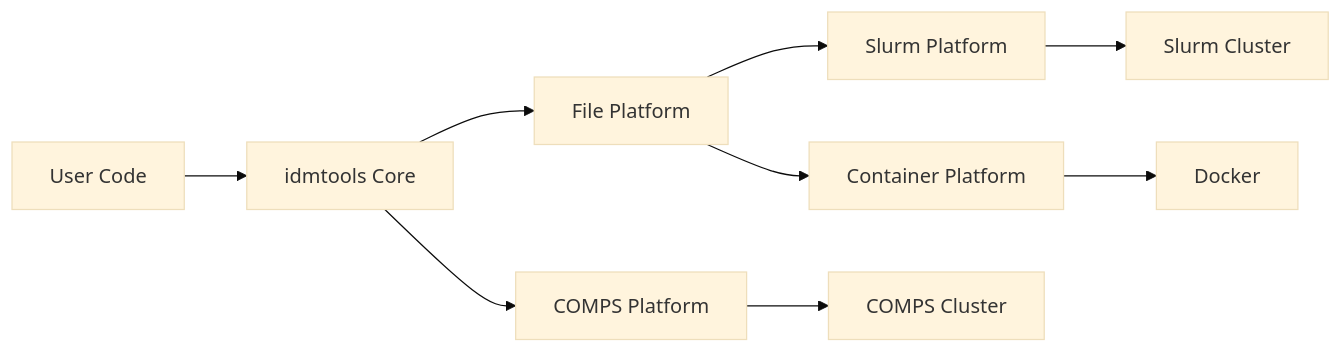
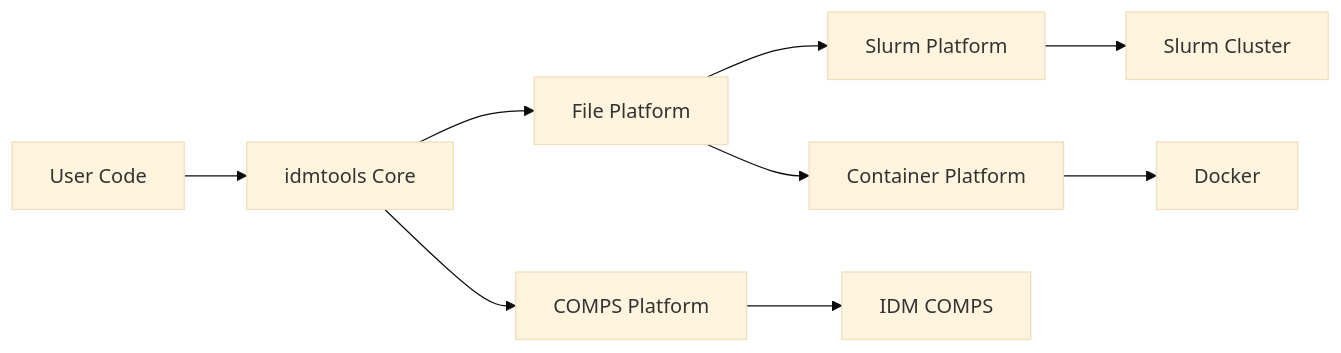
Before and after one commit to InstituteforDiseaseModeling/idmtools: the diagram in docs/index.md, drawn with Mermaid (base theme). The commit also changed other lines of this file and 12 other files, not shown here.

````diff
--- a/docs/index.md
+++ b/docs/index.md
@@ -69,11 +68,11 @@
 ```mermaid
 graph LR
     A[User Code] --> B[idmtools Core]
     B --> C[COMPS Platform]
     B --> F[File Platform]
     F --> D[Slurm Platform]
     F --> E[Container Platform]
-    C --> G[COMPS Cluster]
+    C --> G[IDM COMPS]
     D --> I[Slurm Cluster]
     E --> H[Docker]
 ```
````
